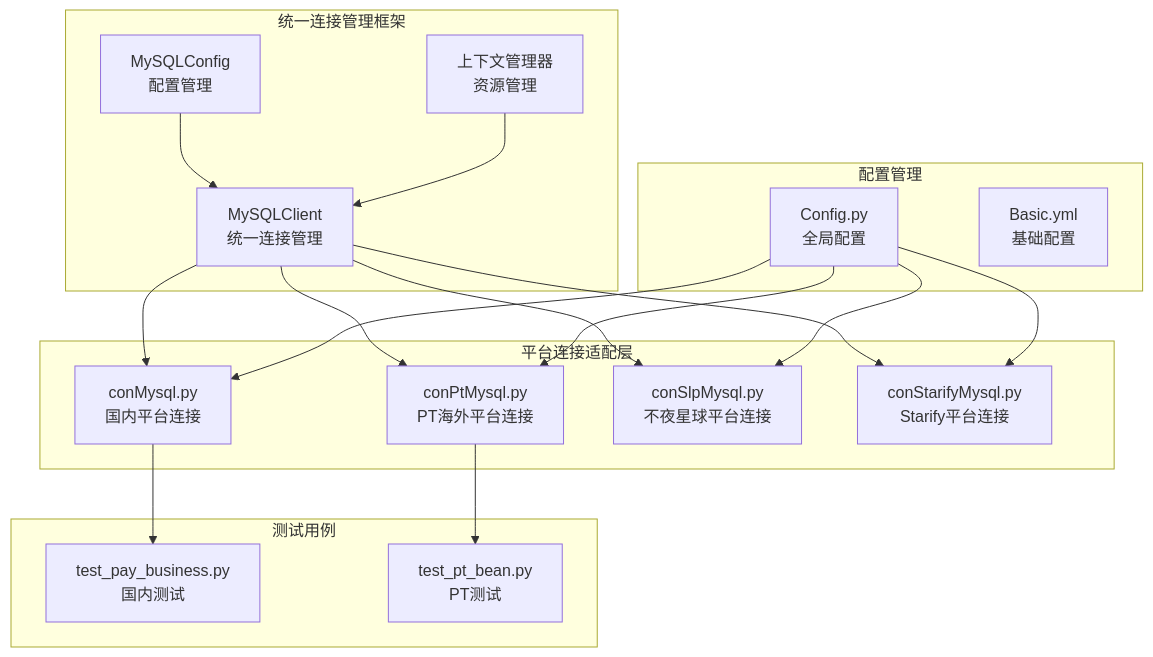
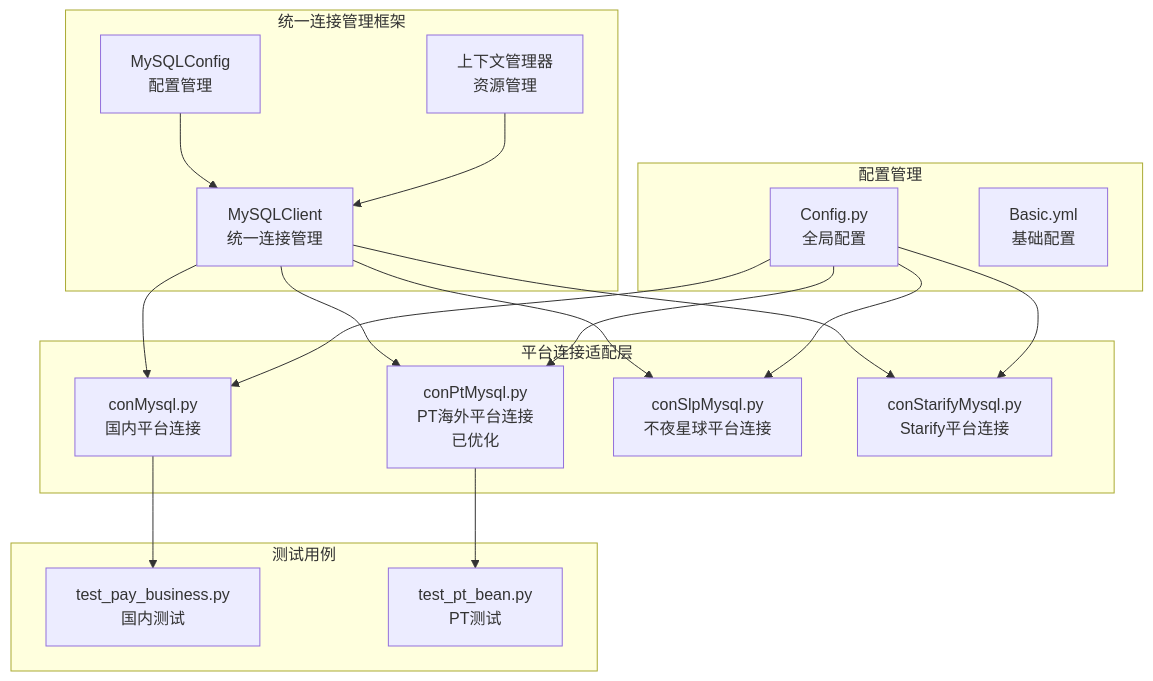
The first of 16 diagrams in .qoder/repowiki/zh/content/数据库管理/MySQL连接管理.md (liximing1-ola/qa-payTest), drawn with Mermaid before and after one commit. The commit also changed other lines of this file and 3 other files, not shown here.

````diff
--- a/.qoder/repowiki/zh/content/数据库管理/MySQL连接管理.md
+++ b/.qoder/repowiki/zh/content/数据库管理/MySQL连接管理.md
@@ -43,34 +43,34 @@
 ```mermaid
 graph TB
 subgraph "统一连接管理框架"
 UNIFIED[MySQLClient<br/>统一连接管理]
 CONFIG[MySQLConfig<br/>配置管理]
 CONTEXT[上下文管理器<br/>资源管理]
 end
 subgraph "平台连接适配层"
 DOM[conMysql.py<br/>国内平台连接]
-PT[conPtMysql.py<br/>PT海外平台连接]
+PT[conPtMysql.py<br/>PT海外平台连接<br/>已优化]
 SLP[conSlpMysql.py<br/>不夜星球平台连接]
 ST[conStarifyMysql.py<br/>Starify平台连接]
 end
 subgraph "配置管理"
 CFG[Config.py<br/>全局配置]
 BASIC[Basic.yml<br/>基础配置]
 end
 subgraph "测试用例"
 TEST1[test_pay_business.py<br/>国内测试]
 TEST2[test_pt_bean.py<br/>PT测试]
 end
 UNIFIED --> DOM
 UNIFIED --> PT
 UNIFIED --> SLP
 UNIFIED --> ST
 CONFIG --> UNIFIED
 CONTEXT --> UNIFIED
 CFG --> DOM
 CFG --> PT
 CFG --> SLP
 CFG --> ST
 DOM --> TEST1
 PT --> TEST2
 ```
````
